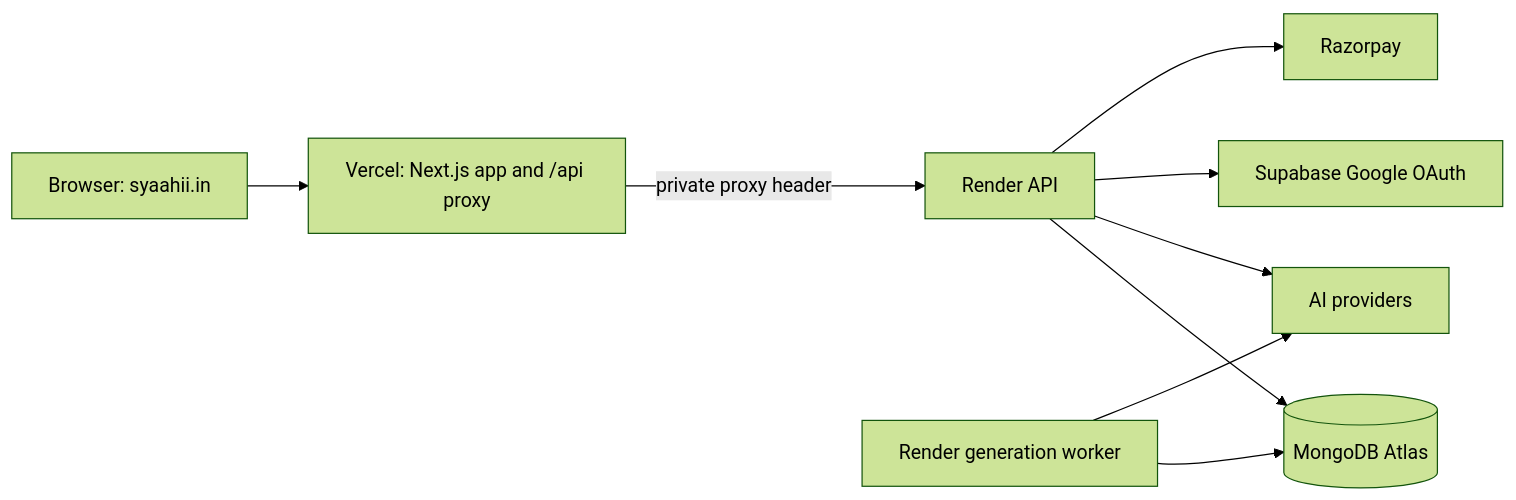
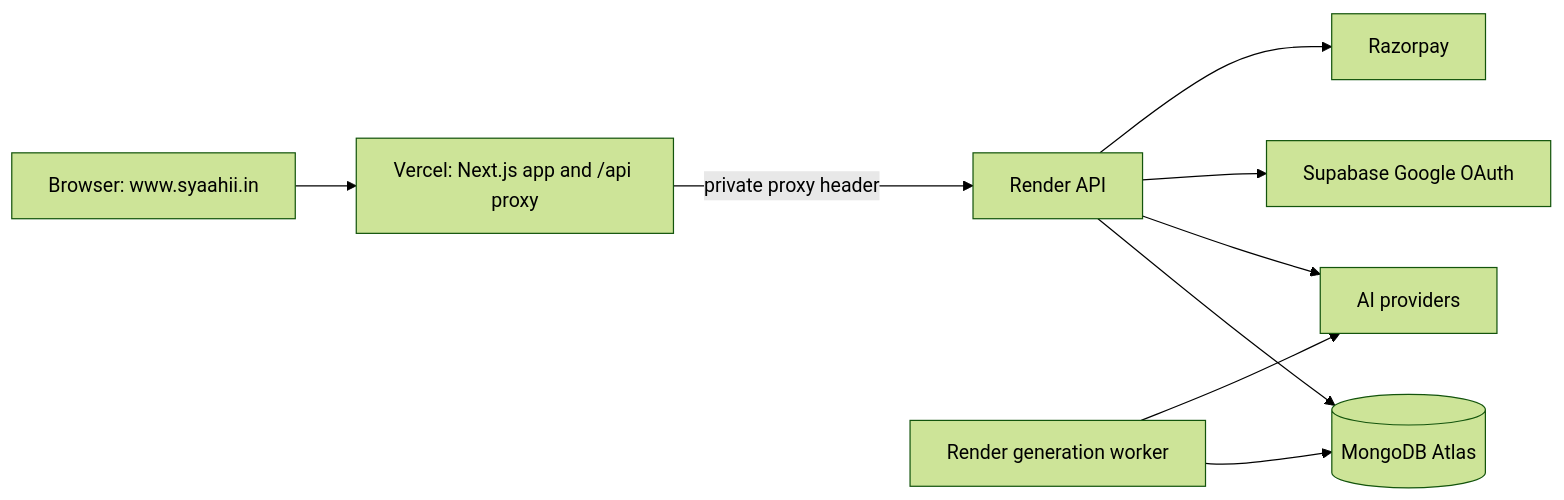
Before and after one commit to mrabhaygod12-alt/syaahi: the diagram in DEPLOY.md, drawn with Mermaid (forest theme). The commit also changed other lines of this file and 6 other files, not shown here.

````diff
--- a/DEPLOY.md
+++ b/DEPLOY.md
@@ -5,11 +5,11 @@
 ```mermaid
 flowchart LR
-  U[Browser: syaahii.in] --> V[Vercel: Next.js app and /api proxy]
+  U[Browser: www.syaahii.in] --> V[Vercel: Next.js app and /api proxy]
   V -->|private proxy header| R[Render API]
   R --> M[(MongoDB Atlas)]
   W[Render generation worker] --> M
   R --> AI[AI providers]
   W --> AI
   R --> S[Supabase Google OAuth]
   R --> P[Razorpay]
 ```
````
